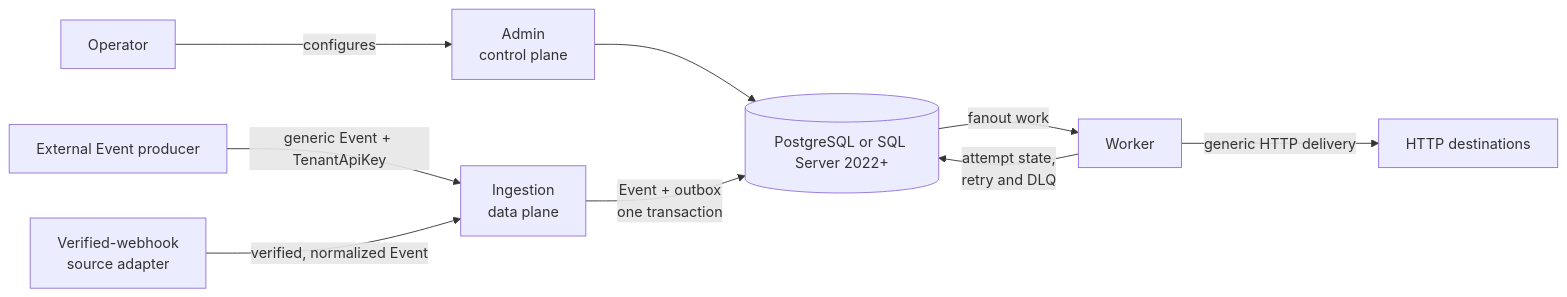
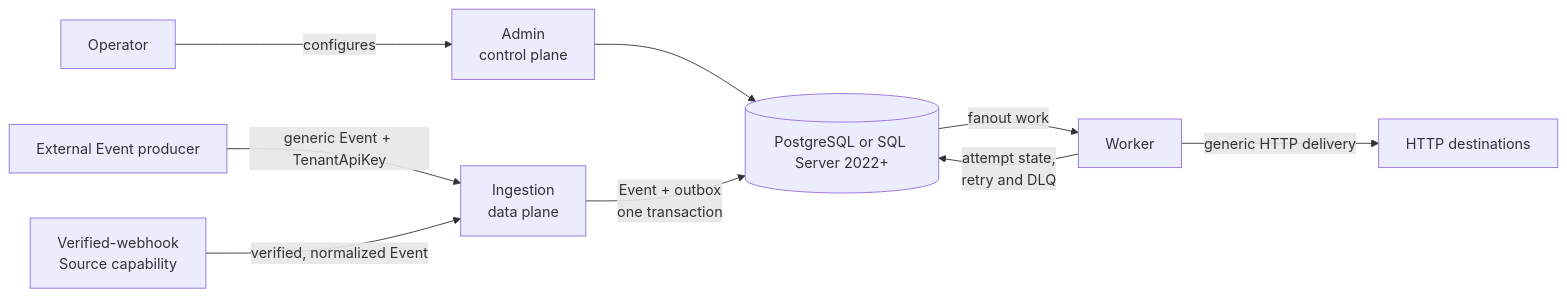
One commit to arminzou/integrios changed the diagram in docs/architecture.md. Above: the diagram before and after it, drawn with Mermaid. The commit also changed other lines of this file and 16 other files, not shown here.

````diff
--- a/docs/architecture.md
+++ b/docs/architecture.md
@@ -16,11 +16,11 @@
 ```mermaid
 flowchart LR
     Operator[Operator] -->|configures| Admin[Admin<br/>control plane]
     Producer[External Event producer] -->|generic Event + TenantApiKey| Ingestion[Ingestion<br/>data plane]
-    Adapter[Verified-webhook<br/>source adapter] -->|verified, normalized Event| Ingestion
+    Webhook[Verified-webhook<br/>Source capability] -->|verified, normalized Event| Ingestion
     Admin --> DB[(PostgreSQL or SQL Server 2022+)]
     Ingestion -->|Event + outbox<br/>one transaction| DB
     DB -->|fanout work| Worker[Worker]
     Worker -->|generic HTTP delivery| Destinations[HTTP destinations]
     Worker -->|attempt state,<br/>retry and DLQ| DB
 ```
````
